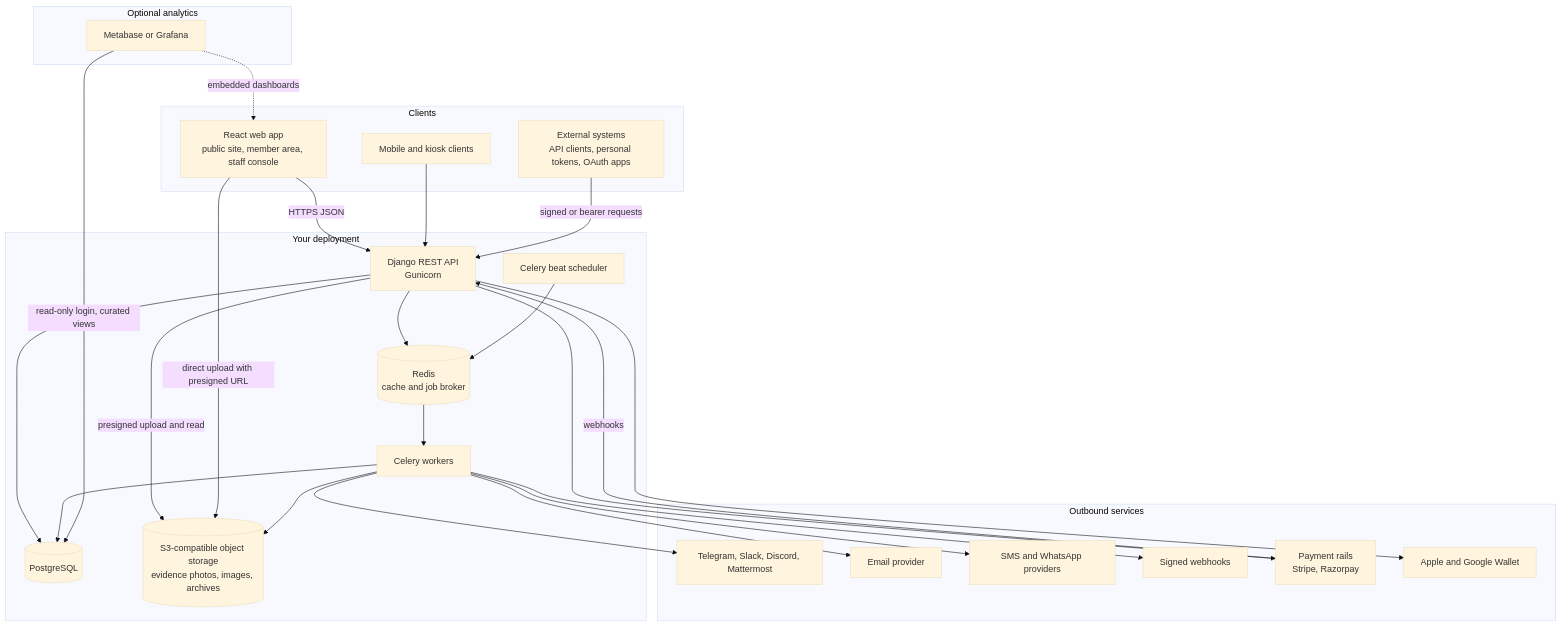
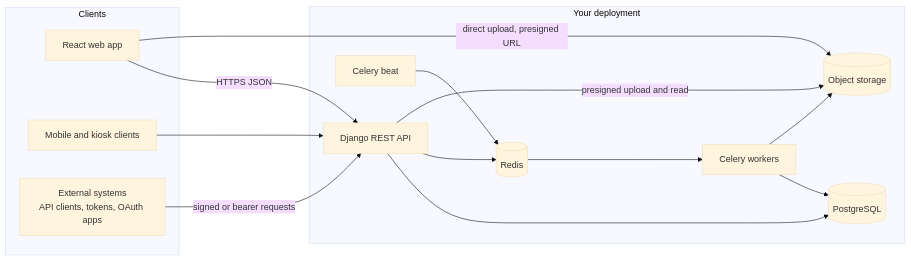
The first of 3 diagrams in docs/architecture/overview.md (SpaceWorks-Labs/SpaceWorks), drawn with Mermaid (base theme) before and after one commit. The commit also changed other lines of this file and 21 other files, not shown here.

Commit message:
docs: project guide, invariants, source map and architecture

````diff
--- a/docs/architecture/overview.md
+++ b/docs/architecture/overview.md
@@ -11,51 +13,27 @@
 ```mermaid
-flowchart TB
+flowchart LR
   subgraph Clients
-    SPA["React web app<br/>public site, member area, staff console"]
+    SPA["React web app"]
     Mobile["Mobile and kiosk clients"]
-    Ext["External systems<br/>API clients, personal tokens, OAuth apps"]
+    Ext["External systems<br/>API clients, tokens, OAuth apps"]
   end
-
   subgraph Server["Your deployment"]
-    API["Django REST API<br/>Gunicorn"]
+    API["Django REST API"]
     Worker["Celery workers"]
-    Beat["Celery beat scheduler"]
+    Beat["Celery beat"]
     DB[("PostgreSQL")]
-    Redis[("Redis<br/>cache and job broker")]
-    Store[("S3-compatible object storage<br/>evidence photos, images, archives")]
+    Redis[("Redis")]
+    Store[("Object storage")]
   end
-
-  subgraph Out["Outbound services"]
-    Chat["Telegram, Slack, Discord, Mattermost"]
-    Mail["Email provider"]
-    Msg["SMS and WhatsApp providers"]
-    Hooks["Signed webhooks"]
-    Pay["Payment rails<br/>Stripe, Razorpay"]
-    Wallet["Apple and Google Wallet"]
-  end
-
-  subgraph Analytics["Optional analytics"]
-    BI["Metabase or Grafana"]
-  end
-
   SPA -->|"HTTPS JSON"| API
   Mobile --> API
   Ext -->|"signed or bearer requests"| API
+  SPA -->|"direct upload, presigned URL"| Store
   API --> DB
   API --> Redis
   API -->|"presigned upload and read"| Store
-  SPA -->|"direct upload with presigned URL"| Store
+  Beat --> Redis
   Redis --> Worker
-  Beat --> Redis
   Worker --> DB
   Worker --> Store
-  Worker --> Chat
-  Worker --> Mail
-  Worker --> Msg
-  Worker --> Hooks
-  API --> Pay
-  Pay -->|"webhooks"| API
-  API --> Wallet
-  BI -->|"read-only login, curated views"| DB
-  BI -.->|"embedded dashboards"| SPA
 ```
````
